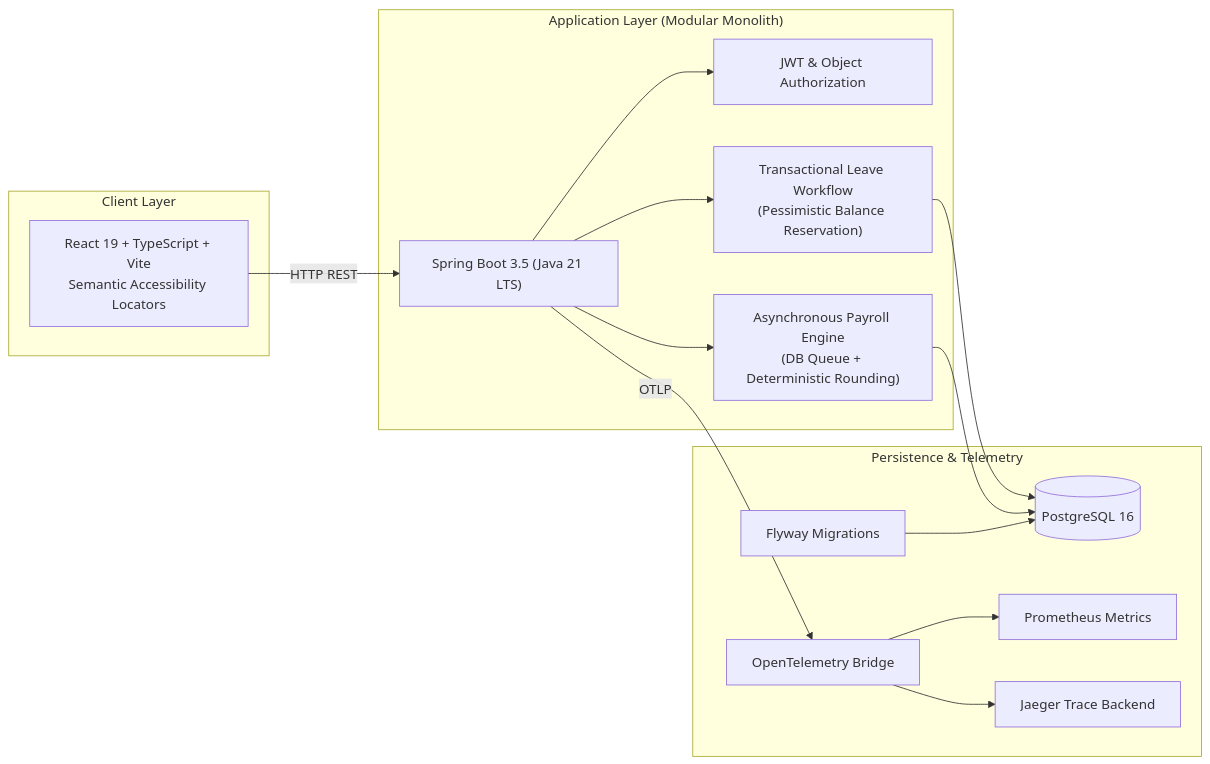
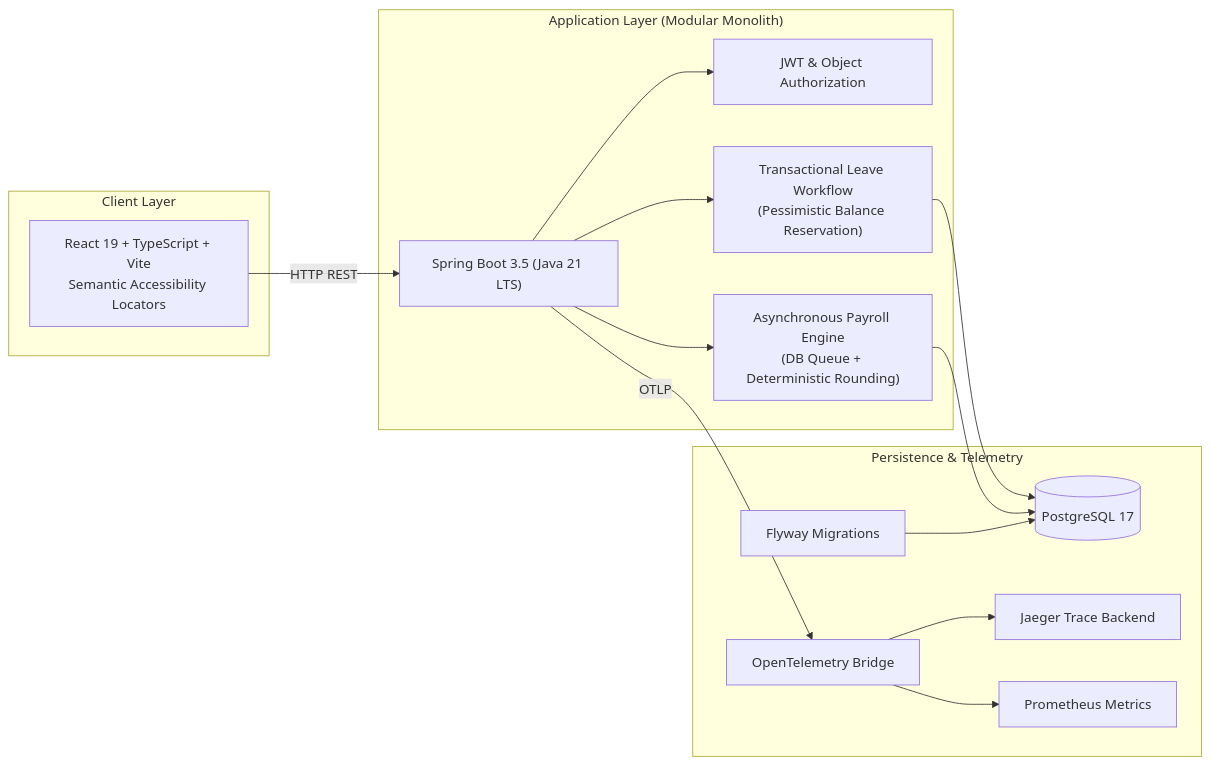
One commit to eyupcanbilgin/SentinelQA changed the first of 2 diagrams in README.md. Above: the diagram before and after it, drawn with Mermaid. The commit also changed other lines of this file and 82 other files, not shown here.

````diff
--- a/README.md
+++ b/README.md
@@ -30,32 +28,32 @@
 ```mermaid
 flowchart LR
   subgraph Frontend["Client Layer"]
     UI["React 19 + TypeScript + Vite<br/>Semantic Accessibility Locators"]
   end
 
   subgraph Backend["Application Layer (Modular Monolith)"]
     API["Spring Boot 3.5 (Java 21 LTS)"]
     Auth["JWT & Object Authorization"]
     Leave["Transactional Leave Workflow<br/>(Pessimistic Balance Reservation)"]
     Payroll["Asynchronous Payroll Engine<br/>(DB Queue + Deterministic Rounding)"]
   end
 
-  subgraph Data["Persistence & Telemetry"]
-    DB[("PostgreSQL 16")]
+  subgraph Persistence["Persistence & Telemetry"]
+    DB[("PostgreSQL 17")]
     Flyway["Flyway Migrations"]
     OTel["OpenTelemetry Bridge"]
-    Prometheus["Prometheus Metrics"]
     Jaeger["Jaeger Trace Backend"]
+    Prom["Prometheus Metrics"]
   end
 
   UI -->|HTTP REST| API
   API --> Auth
   API --> Leave
   API --> Payroll
   Leave --> DB
   Payroll --> DB
   Flyway --> DB
   API -->|OTLP| OTel
-  OTel --> Prometheus
   OTel --> Jaeger
+  OTel --> Prom
 ```
````
